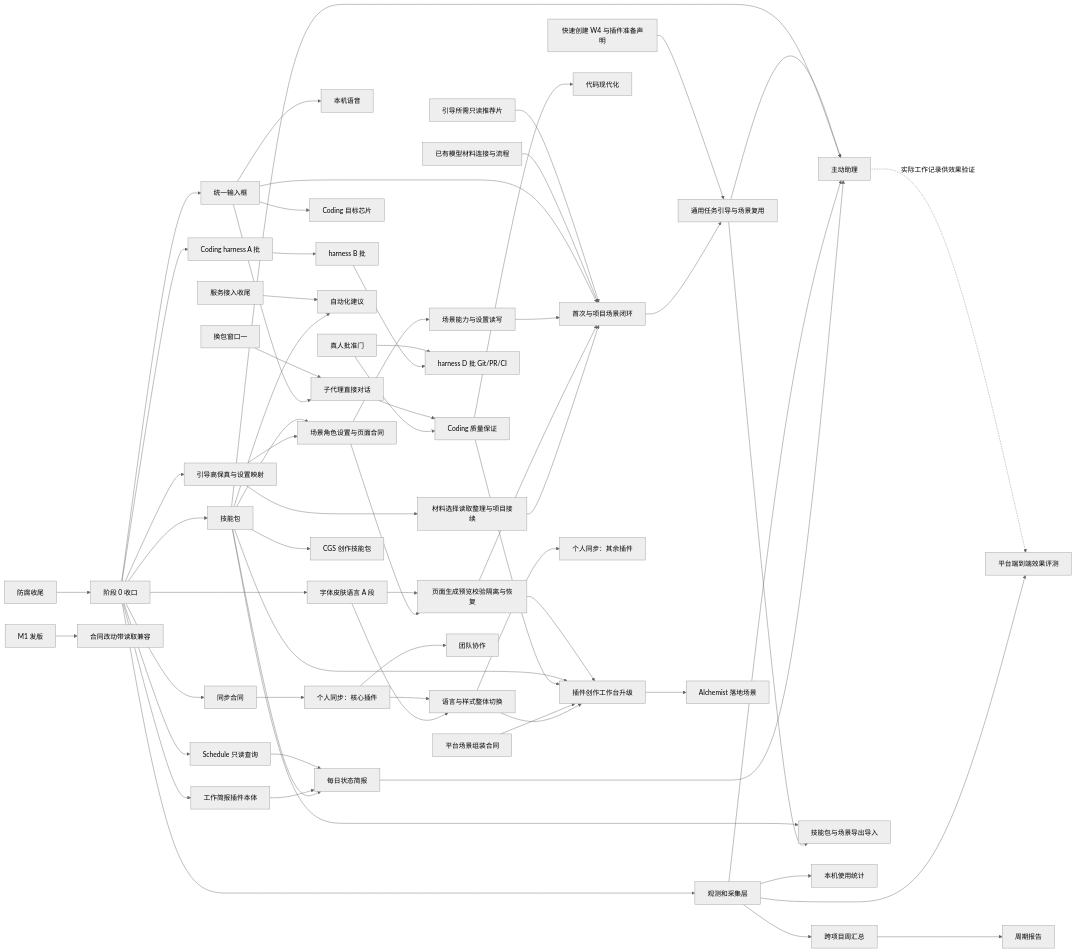
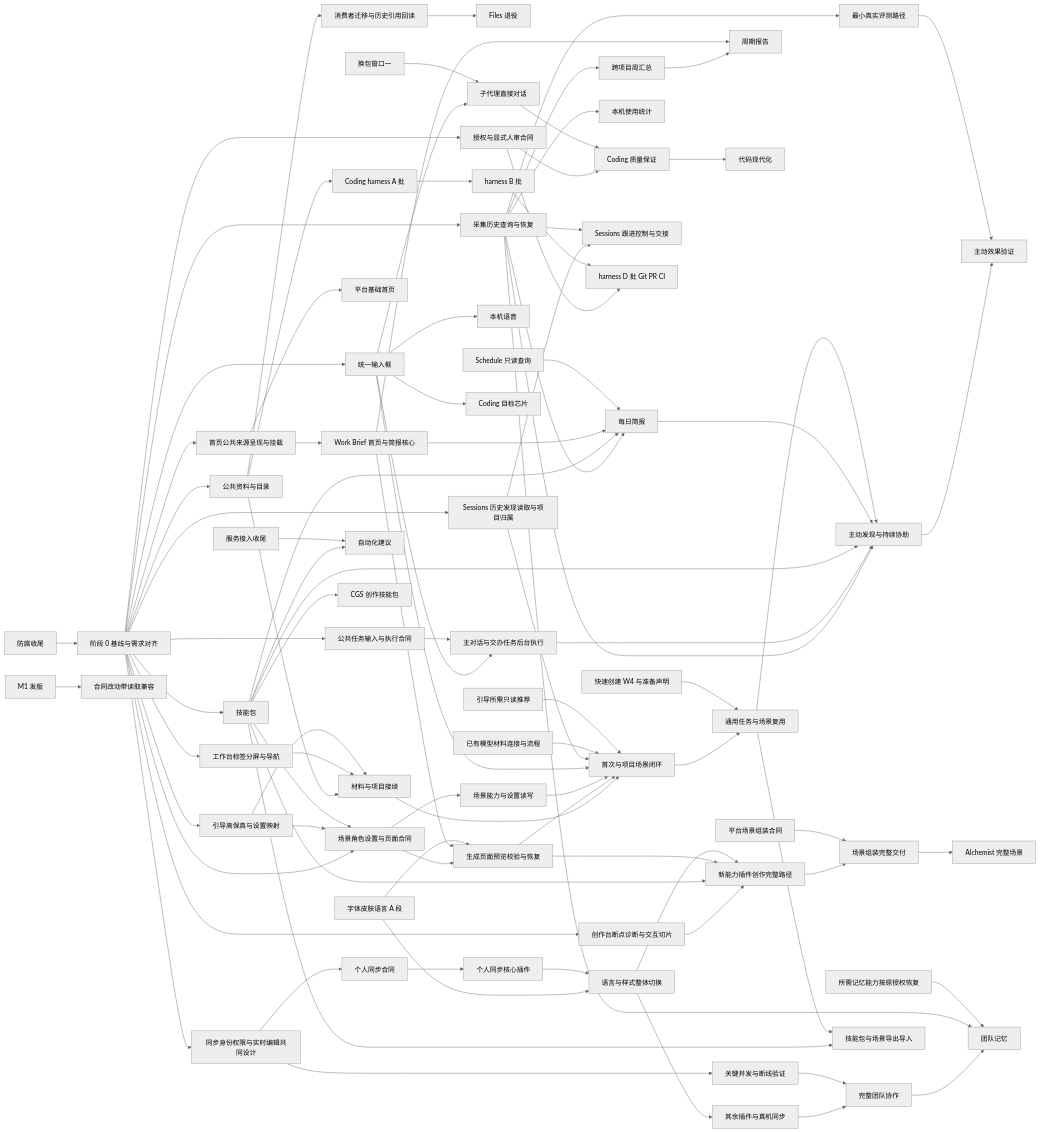
One commit to molis-ai/molis-work changed the diagram in specs/post-anticorruption-roadmap/spec.md. Above: the diagram before and after it, drawn with Mermaid (neutral theme). The commit also changed other lines of this file and 37 other files, not shown here.

````diff
--- a/specs/post-anticorruption-roadmap/spec.md
+++ b/specs/post-anticorruption-roadmap/spec.md
@@ -191,66 +194,94 @@
 ```mermaid
 flowchart LR
-  AC[防腐收尾] --> S0[阶段 0 收口]
+  AC[防腐收尾] --> S0[阶段 0 基线与需求对齐]
+  S0 --> MAT[公共资料与目录]
+  S0 --> NAV[工作台标签分屏与导航]
+  MAT --> HA[Coding harness A 批]
+  MAT --> OI[材料与项目接续]
+  NAV --> OI
+  MAT --> CONS[消费者迁移与历史引用回读]
+  CONS --> FILES[Files 退役]
   S0 --> IN[统一输入框]
   S0 --> SP[技能包]
-  S0 --> WR[观测和采集层]
-  S0 --> FA[字体皮肤语言 A 段]
-  S0 --> HA[Coding harness A 批]
-  S0 --> WB[工作简报插件本体]
-  S0 --> SQ[Schedule 只读查询]
+  S0 --> OC[场景角色设置与页面合同]
+  S0 --> HP[首页公共来源呈现与挂载]
+  HP --> BH[平台基础首页]
+  HP --> WB[Work Brief 首页与简报核心]
+  S0 --> OD[引导高保真与设置映射]
+  OD --> OI
+  OD --> OC
+  SP --> OC
+  OC --> OG[生成页面预览校验与恢复]
+  WB --> OG
+  FA[字体皮肤语言 A 段] --> OG
+  OC --> OS[场景能力与设置读写]
+  OI --> ON[首次与项目场景闭环]
+  OG --> ON
+  OS --> ON
+  IN --> ON
+  HIST[Sessions 历史发现读取与项目归属] --> ON
+  BASE[已有模型材料连接与流程] --> ON
+  REC[引导所需只读推荐] --> ON
+  ON --> OT[通用任务与场景复用]
+  QC[快速创建 W4 与准备声明] --> OT
   IN --> VO[本机语音]
   IN --> SUB[子代理直接对话]
   IN --> CHIP[Coding 目标芯片]
-  SP --> DB[每日状态简报]
+  IN --> BT[主对话与交办任务后台执行]
+  S0 --> COORD[公共任务输入与执行合同]
+  COORD --> BT
+  S0 --> COL[采集历史查询与恢复]
+  S0 --> HIST
+  COL --> EV[最小真实评测路径]
+  COL --> DB[每日简报]
+  SP --> DB
   WB --> DB
-  SQ --> DB
-  DB --> PA[主动助理]
-  WR --> PA
-  WR --> EV[平台端到端效果评测]
-  PA -. 实际工作记录供效果验证 .-> EV
+  SQ[Schedule 只读查询] --> DB
+  COL --> PA[主动发现与持续协助]
+  BT --> PA
   SP --> PA
-  SP --> AR[自动化建议]
-  S0 --> OD[引导高保真与设置映射]
-  OD --> OI[材料选择读取整理与项目接续]
-  OI --> ON
-  OD --> OC[场景角色设置与页面合同]
-  SP --> OC
-  OC --> OG[页面生成预览校验隔离与恢复]
-  FA --> OG
-  OC --> OS[场景能力与设置读写]
-  OG --> ON[首次与项目场景闭环]
-  OS --> ON
-  IN --> ON
-  BASE[已有模型材料连接与流程] --> ON
-  REC[引导所需只读推荐片] --> ON
-  ON --> OT[通用任务引导与场景复用]
-  QC[快速创建 W4 与插件准备声明] --> OT
+  DB --> PA
   OT --> PA
-  OT --> SH
+  PA --> PE[主动效果验证]
+  EV --> PE
+  COL --> ST[本机使用统计]
+  COL --> XP[跨项目周汇总]
+  XP --> PR[周期报告]
+  WB --> PR
+  HIST --> SES[Sessions 跟进控制与交接]
+  COL --> SES
+  S0 --> AUTH[授权与显式人审合同]
+  AUTH --> HD[harness D 批 Git PR CI]
+  AUTH --> QA[Coding 质量保证]
   HA --> HB[harness B 批]
-  HB --> HD[harness D 批 Git/PR/CI]
-  AP[真人批准门] --> HD
-  AP --> QA[Coding 质量保证]
+  HB --> HD
+  W1[换包窗口一] --> SUB
   SUB --> QA
   QA --> MOD[代码现代化]
-  W1[换包窗口一] --> SUB
-  FA --> FC[语言与样式整体切换]
-  FC --> PB[插件创作工作台升级]
-  PC[平台场景组装合同] --> PB
-  PB --> AL[Alchemist 落地场景]
-  QA --> PB
+  S0 --> PD[创作台断点诊断与交互切片]
+  PD --> PB[新能力插件创作完整路径]
   SP --> PB
   OG --> PB
+  FA --> FC[语言与样式整体切换]
+  FC --> PB
+  PB --> COMPOSE[场景组装完整交付]
+  PC[平台场景组装合同] --> COMPOSE
+  COMPOSE --> AL[Alchemist 完整场景]
+  SP --> AR[自动化建议]
   ASC[服务接入收尾] --> AR
-  WR --> ST[本机使用统计]
-  WR --> XP[跨项目周汇总]
-  XP --> PR[周期报告]
-  S0 --> SC[同步合同]
-  SC --> SY[个人同步：核心插件]
+  S0 --> TD[同步身份权限与实时编辑共同设计]
+  TD --> SC[个人同步合同]
+  TD --> TP[关键并发与断线验证]
+  SC --> SY[个人同步核心插件]
   SY --> FC
-  FC --> SY2[个人同步：其余插件]
-  SY --> TEAM[团队协作]
+  FC --> SY2[其余插件与真机同步]
+  SY2 --> TEAM[完整团队协作]
+  TP --> TEAM
+  TEAM --> TM[团队记忆]
+  COL --> TM
+  MEM[所需记忆能力按原授权恢复] --> TM
   SP --> SH[技能包与场景导出导入]
+  OT --> SH
   SP --> CGS[CGS 创作技能包]
   M1[M1 发版] --> COMPAT[合同改动带读取兼容]
 ```
````
